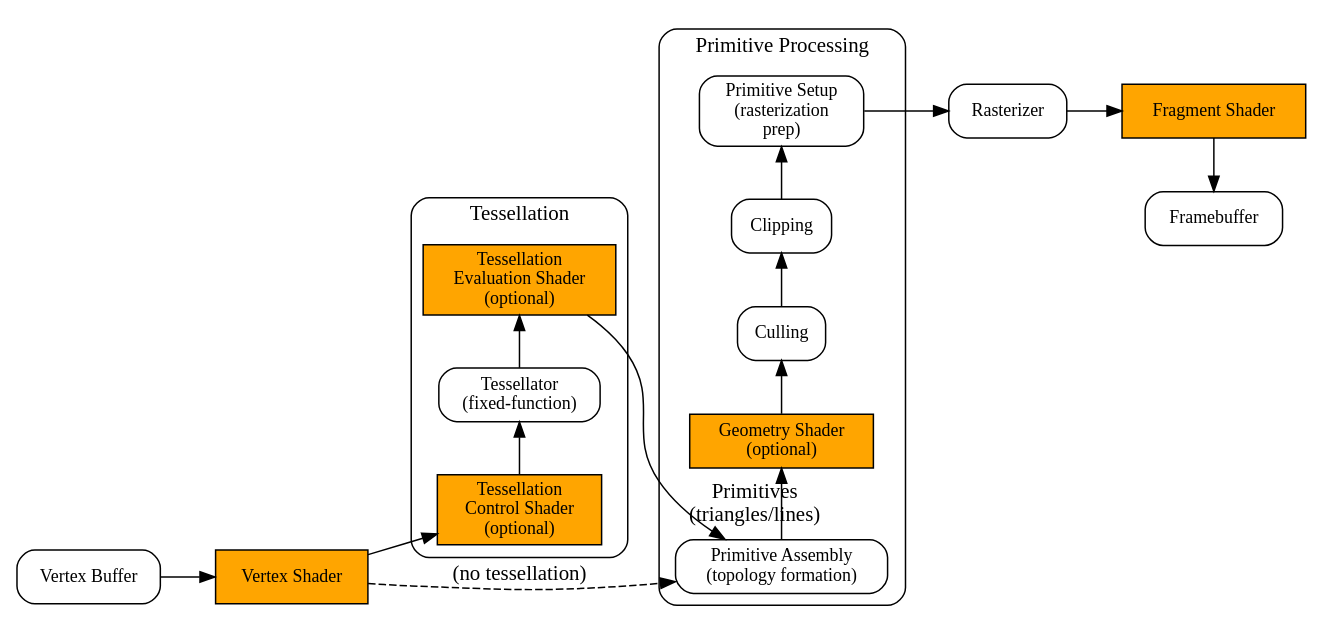
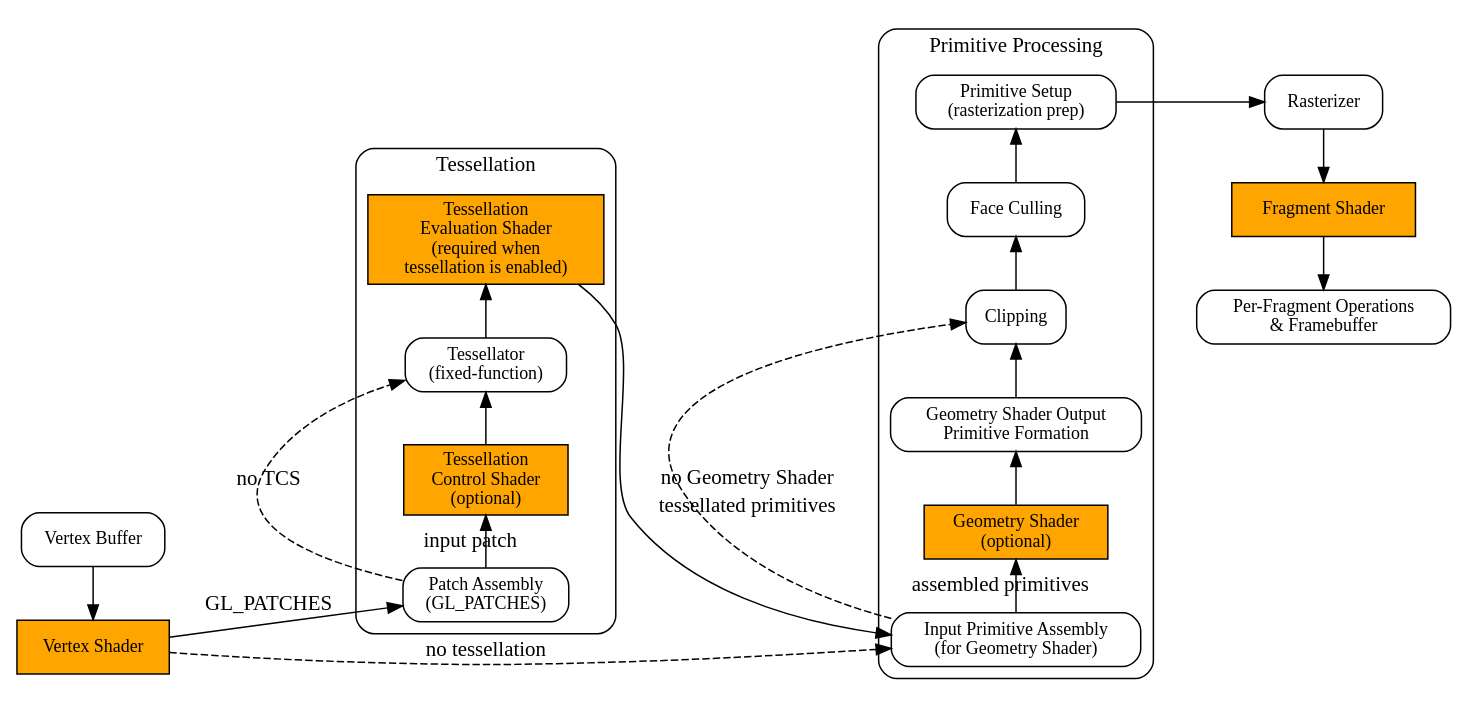
One commit to Jonathan2251/gpu changed the diagram in Fig/opengl/gpu-pipeline.gv. Above: the diagram before and after it, drawn with Graphviz. The commit also changed 1 other file, not shown here.

```diff
--- a/Fig/opengl/gpu-pipeline.gv
+++ b/Fig/opengl/gpu-pipeline.gv
@@ -1,53 +1,71 @@
 digraph GPU_Pipeline {
     rankdir=LR;
     node [shape=box, style=rounded, fontsize=12];
 
     VB [label="Vertex Buffer"];
     VS [label="Vertex Shader", style=filled, fillcolor=orange];
+
     subgraph cluster_ts {
         label="Tessellation";
         style=rounded;
 
-        TCS [label="Tessellation\nControl Shader\n(optional)", style=filled, fillcolor=orange];
+        PA  [label="Patch Assembly\n(GL_PATCHES)"];
+        TCS [label="Tessellation\nControl Shader\n(optional)",
+             style=filled, fillcolor=orange];
         TS  [label="Tessellator\n(fixed-function)"];
-        TES [label="Tessellation\nEvaluation Shader\n(optional)", style=filled, fillcolor=orange];
+        TES [label="Tessellation\nEvaluation Shader\n(required when\n tessellation is enabled)",
+             style=filled, fillcolor=orange];
 
-        { rank = same;  TCS; TS; TES }
+        { rank = same; PA; TCS; TS; TES }
     }
+
     subgraph cluster_pp {
         label="Primitive Processing";
         style=rounded;
 
-        PA  [label="Primitive Assembly\n(topology formation)"];
-        GS  [label="Geometry Shader\n(optional)", style=filled, fillcolor=orange];
-        Cull  [label="Culling"];
-        Clip  [label="Clipping"];
-        PS  [label="Primitive Setup\n(rasterization\n prep)"];
+        IPA  [label="Input Primitive Assembly\n(for Geometry Shader)"];
+        GS   [label="Geometry Shader\n(optional)",
+              style=filled, fillcolor=orange];
+        OPA  [label="Geometry Shader Output\nPrimitive Formation"];
+        Clip [label="Clipping"];
+        Cull [label="Face Culling"];
+        PS   [label="Primitive Setup\n(rasterization prep)"];
 
-        { rank = same;  PA; GS; Cull; Clip; PS }
+        { rank = same; IPA; GS; OPA; Clip; Cull; PS }
     }
+
     RAST [label="Rasterizer"];
-    FS [label="Fragment Shader", style=filled, fillcolor=orange];
-    FB [label="Framebuffer"];
+    FS   [label="Fragment Shader", style=filled, fillcolor=orange];
+    FB   [label="Per-Fragment Operations\n& Framebuffer"];
 
     VB -> VS;
 
-    VS -> TCS;
+    // Tessellation path: VS outputs are grouped into patches first.
+    VS -> PA [label="GL_PATCHES"];
+    PA -> TCS [label="input patch"];
     TCS -> TS;
-    TS  -> TES;
+    PA -> TS [label="no TCS", style=dashed];
+    TS -> TES;
 
-    // Bypass tessellation path
-    VS -> PA [label="(no tessellation)", style=dashed];
+    // The TES produces the tessellated primitive stream.
+    TES -> IPA [label="tessellated primitives"];
 
-    TES -> PA;
+    // Non-tessellation path.
+    VS -> IPA [label="no tessellation", style=dashed];
 
-    PA -> GS [label = "Primitives\n(triangles/lines)"];
-    GS -> Cull;
-    Cull -> Clip;
-    Clip -> PS;
+    // A Geometry Shader receives already assembled input primitives.
+    IPA -> GS [label="assembled primitives"];
+    GS -> OPA;
+    IPA -> Clip [label="no Geometry Shader", style=dashed];
+
+    // GS output is interpreted according to its declared output topology.
+    OPA -> Clip;
+    Clip -> Cull;
+    Cull -> PS;
     PS -> RAST;
     RAST -> FS;
     FS -> FB;
 
-    { rank = same; FS; FB }
+    { rank = same; VB; VS }
+    { rank = same; RAST; FS; FB }
 }
```
